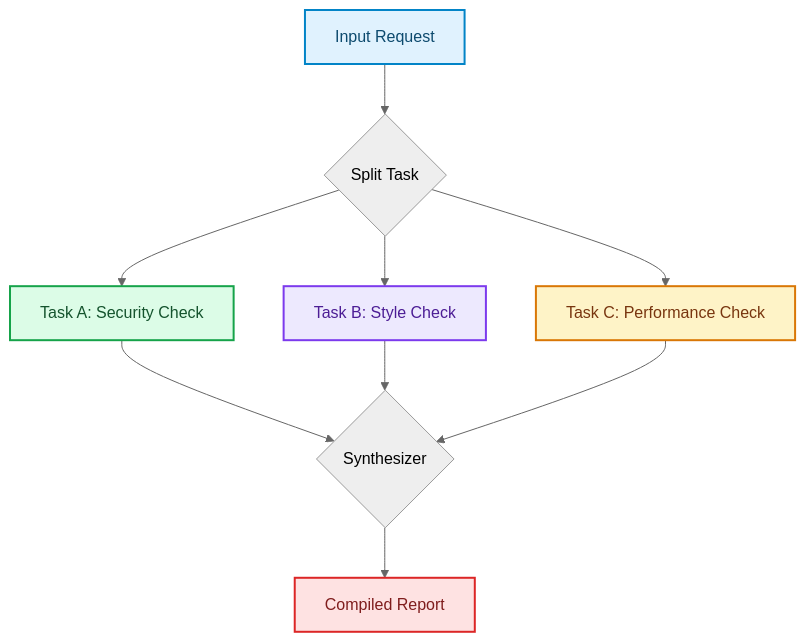
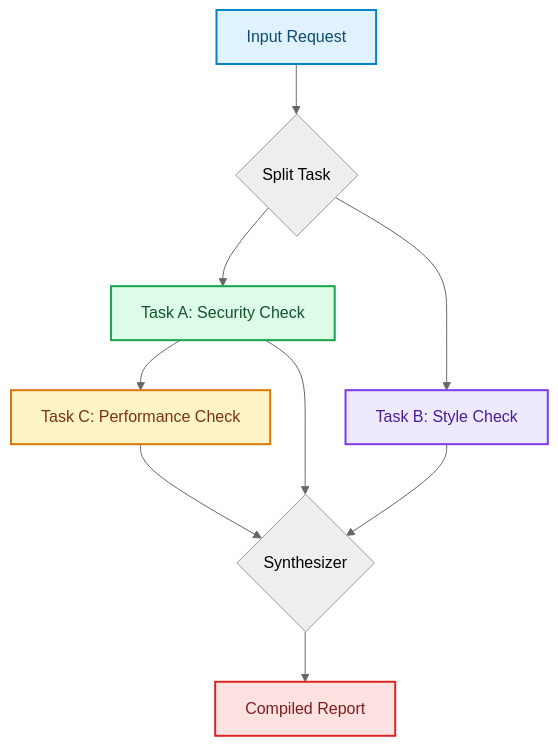
The fourth of 8 diagrams in blog/posts/agentic-ai-architectures.md (akmalkhaniub/akmalkhaniub.github.io), drawn with Mermaid (neutral theme) before and after one commit. The commit also changed other lines of this file and 894 other files, not shown here.

Commit message:
feat(blog): upgrade all 444 posts with unique staggered dates, 2-col Mermaid spines, benchmark tables, code blocks, and trade-offs

````diff
--- a/blog/posts/agentic-ai-architectures.md
+++ b/blog/posts/agentic-ai-architectures.md
@@ -118,22 +118,22 @@
 ```mermaid
 flowchart TD
     Input["Input Request"] --> Split{Split Task}
     Split --> TaskA["Task A: Security Check"]
     Split --> TaskB["Task B: Style Check"]
-    Split --> TaskC["Task C: Performance Check"]
+    TaskA --> TaskC["Task C: Performance Check"]
     TaskA --> Aggregate{Synthesizer}
     TaskB --> Aggregate
     TaskC --> Aggregate
     Aggregate --> Output["Compiled Report"]
 
 classDef green fill:#dcfce7,stroke:#16a34a,stroke-width:2px,color:#14532d;
 classDef red fill:#fee2e2,stroke:#dc2626,stroke-width:2px,color:#7f1d1d;
 classDef blue fill:#e0f2fe,stroke:#0284c7,stroke-width:2px,color:#0c4a6e;
 classDef yellow fill:#fef3c7,stroke:#d97706,stroke-width:2px,color:#78350f;
 classDef purple fill:#ede9fe,stroke:#7c3aed,stroke-width:2px,color:#4c1d95;
 class Input blue
 class TaskA green
 class TaskB purple
 class TaskC yellow
 class Output red
 ```
````
